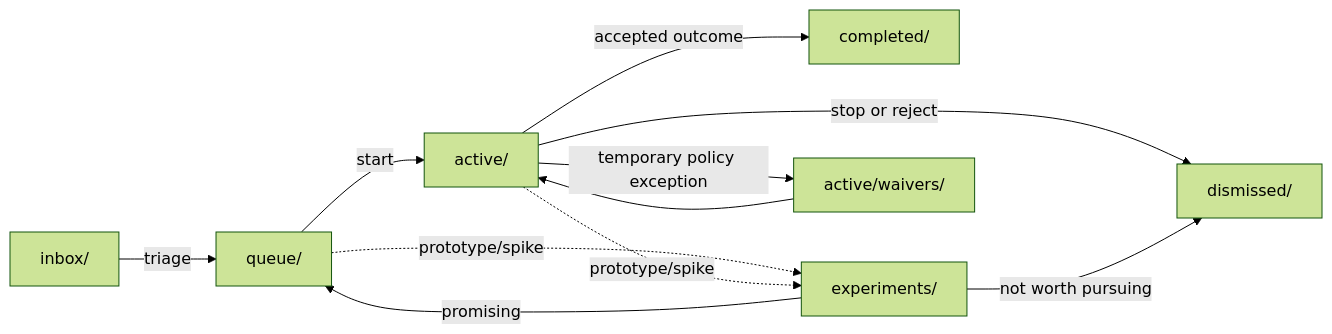
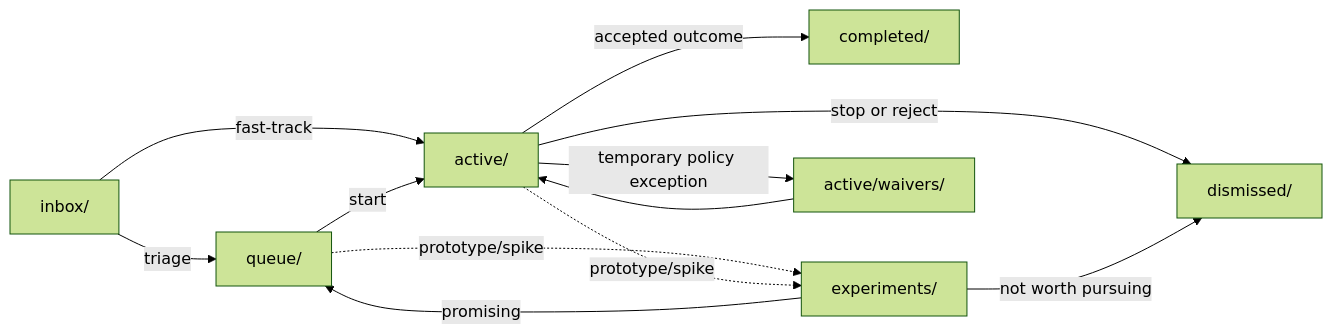
The diagram in doc/pro/README.md (woeiru/lab), drawn with Mermaid (forest theme) before and after one commit. The commit also changed other lines of this file and 1 other file, not shown here.

First line of the commit message:
docs(pro): add fast-track path, WIP limits, and new workflow prompts

````diff
--- a/doc/pro/README.md
+++ b/doc/pro/README.md
@@ -11,15 +11,16 @@
 ```mermaid
 flowchart LR
   I["inbox/"] -->|triage| Q["queue/"]
+  I -->|fast-track| A["active/"]
   Q -->|start| A["active/"]
   A -->|accepted outcome| C["completed/"]
   A -->|stop or reject| D["dismissed/"]
 
   Q -. prototype/spike .-> E["experiments/"]
   A -. prototype/spike .-> E
   E -->|promising| Q
   E -->|not worth pursuing| D
 
   A -->|temporary policy exception| W["active/waivers/"]
   W --> A
 ```
````
